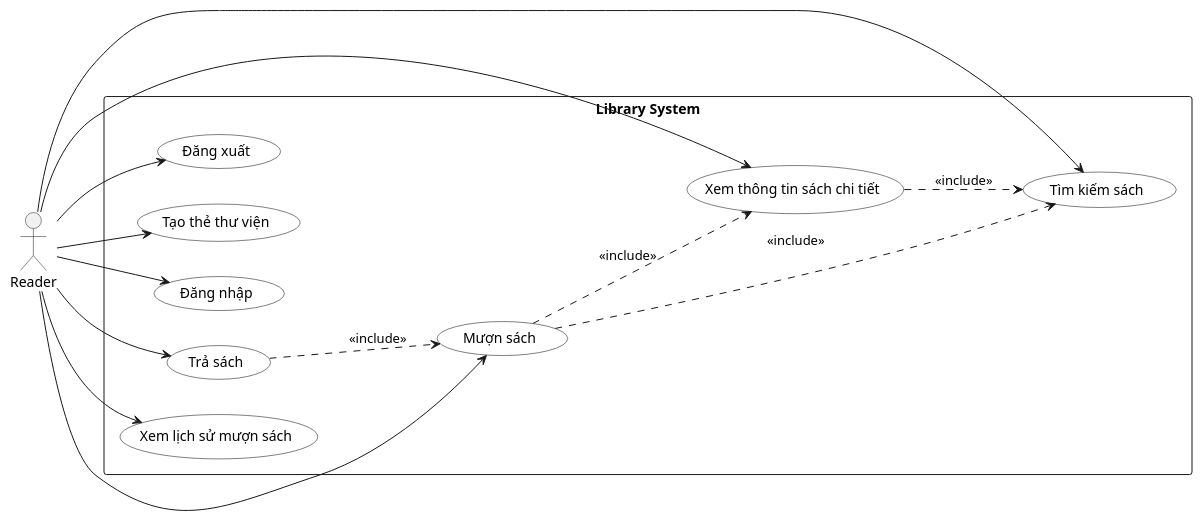
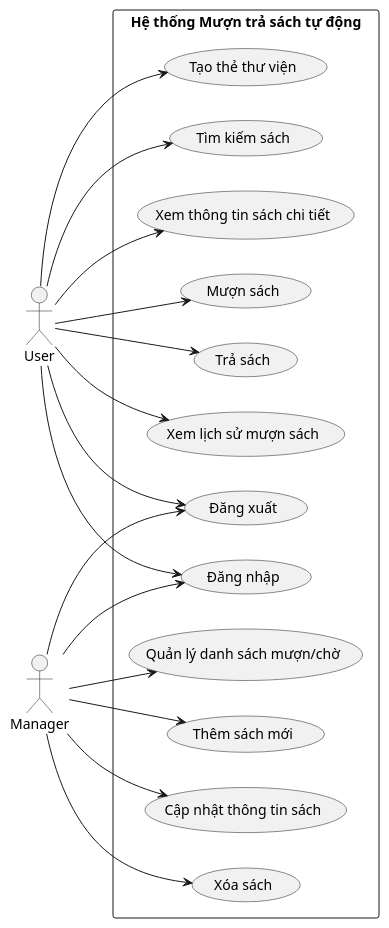
The diagram in use case diagram/general.puml (DaniGDSC/Diagram), drawn with PlantUML before and after one commit. The commit also changed 4 other files, not shown here.

```diff
--- a/use case diagram/general.puml
+++ b/use case diagram/general.puml
@@ -1,38 +1,36 @@
 @startuml
 left to right direction
-skinparam usecase {
-  BackgroundColor white
-  BorderColor black
+actor User
+actor Manager
+
+rectangle "Hệ thống Mượn trả sách tự động" {
+    (Tạo thẻ thư viện) as UC1
+    (Đăng nhập) as UC2
+    (Tìm kiếm sách) as UC3
+    (Xem thông tin sách chi tiết) as UC4
+    (Mượn sách) as UC5
+    (Trả sách) as UC6
+    (Xem lịch sử mượn sách) as UC7
+    (Đăng xuất) as UC8
+    (Quản lý danh sách mượn/chờ) as UC9
+    (Thêm sách mới) as UC10
+    (Cập nhật thông tin sách) as UC11
+    (Xóa sách) as UC12
 }
 
-actor "Reader" as reader
+User --> UC1
+User --> UC2
+User --> UC3
+User --> UC4
+User --> UC5
+User --> UC6
+User --> UC7
+User --> UC8
 
-rectangle "Library System" {
-  usecase "Tạo thẻ thư viện" as UC1
-  usecase "Đăng nhập" as UC2
-  usecase "Tìm kiếm sách" as UC3
-  usecase "Xem thông tin sách chi tiết" as UC4
-  usecase "Mượn sách" as UC5
-  usecase "Trả sách" as UC6
-  usecase "Xem lịch sử mượn sách" as UC7
-  usecase "Đăng xuất" as UC8
-}
-
-' Basic associations
-reader --> UC1
-reader --> UC2
-reader --> UC3
-reader --> UC4
-reader --> UC5
-reader --> UC6
-reader --> UC7
-reader --> UC8
-
-' Include relationships
-UC5 ..> UC3 : <<include>>
-UC4 ..> UC3 : <<include>>
-UC5 ..> UC4 : <<include>>
-UC6 ..> UC5 : <<include>>
-
-
+Manager --> UC2
+Manager --> UC8
+Manager --> UC9
+Manager --> UC10
+Manager --> UC11
+Manager --> UC12
 @enduml
```
